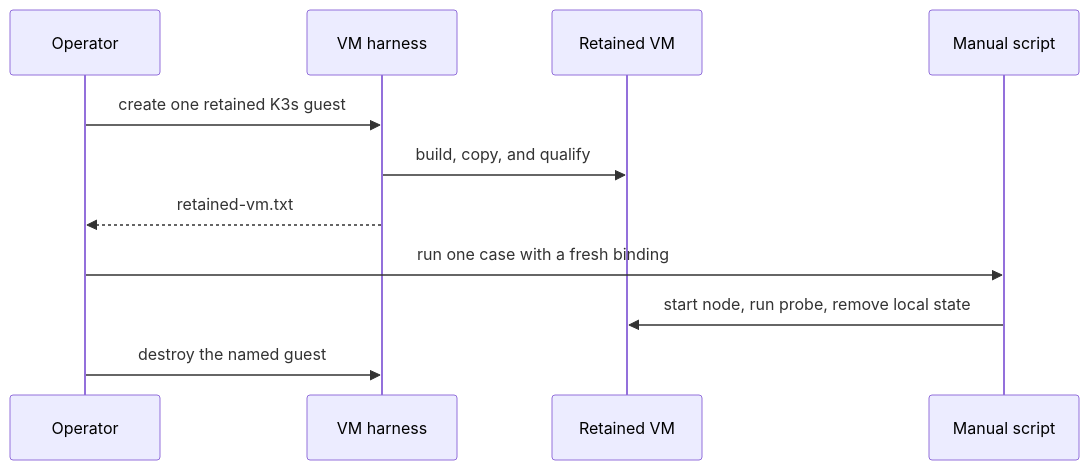
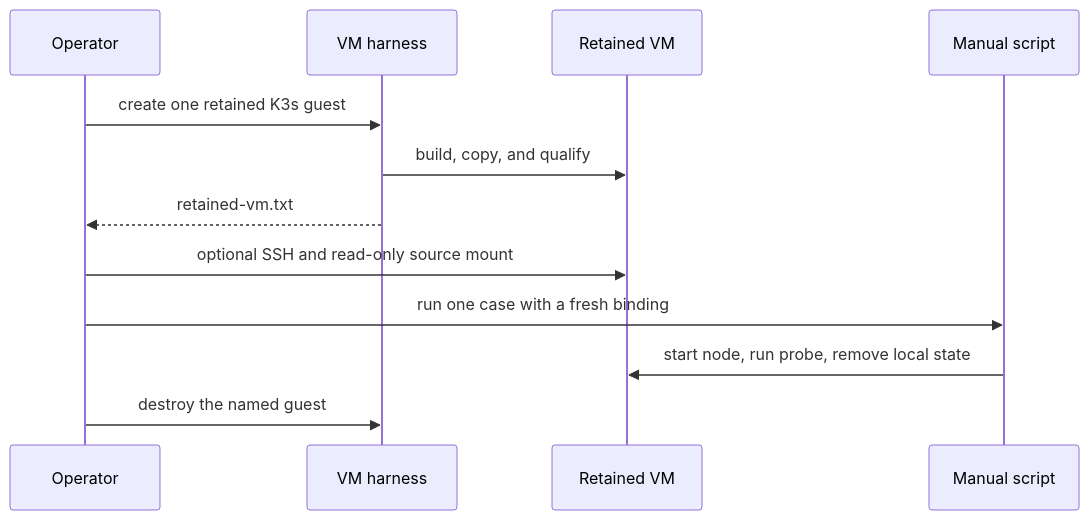
Diagram 29 of 29 in docs/plans/mithril-hugging-face-intrusion-prevention/implemented-phase-review.md (Ereborlabs/erebor-runtime), drawn with Mermaid before and after one commit. The commit also changed other lines of this file and 8 other files, not shown here.

Commit message:
feat(mithril): add retained VM SSH mount

````diff
--- a/docs/plans/mithril-hugging-face-intrusion-prevention/implemented-phase-review.md
+++ b/docs/plans/mithril-hugging-face-intrusion-prevention/implemented-phase-review.md
@@ -2165,14 +2169,15 @@
 ```mermaid
 sequenceDiagram
     participant O as Operator
     participant H as VM harness
     participant V as Retained VM
     participant S as Manual script
 
     O->>H: create one retained K3s guest
     H->>V: build, copy, and qualify
     H-->>O: retained-vm.txt
+    O->>V: optional SSH and read-only source mount
     O->>S: run one case with a fresh binding
     S->>V: start node, run probe, remove local state
     O->>H: destroy the named guest
 ```
````
